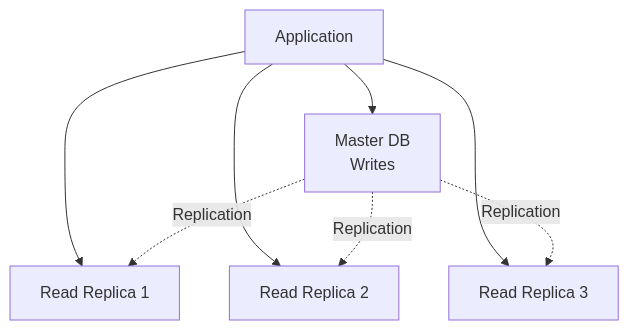
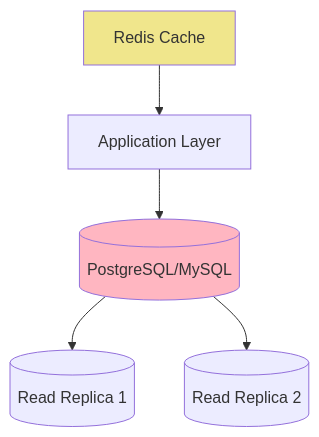
One commit to Ritahchanger/system_design changed the third of 5 diagrams in databases/README.md. Above: the diagram before and after it, drawn with Mermaid. The commit also changed other lines of this file and 5 other files, not shown here.

````diff
--- a/databases/README.md
+++ b/databases/README.md
@@ -119,11 +88,10 @@
 ```mermaid
 graph TB
-    App[Application] --> Master[Master DB<br/>Writes]
-    App --> Replica1[Read Replica 1]
-    App --> Replica2[Read Replica 2]
-    App --> Replica3[Read Replica 3]
+    App[Application Layer] --> DB[(PostgreSQL/MySQL)]
+    DB --> Replica1[(Read Replica 1)]
+    DB --> Replica2[(Read Replica 2)]
+    Cache[Redis Cache] --> App
     
-    Master -.->|Replication| Replica1
-    Master -.->|Replication| Replica2
-    Master -.->|Replication| Replica3
+    style DB fill:#FFB6C1
+    style Cache fill:#F0E68C
 ```
````
